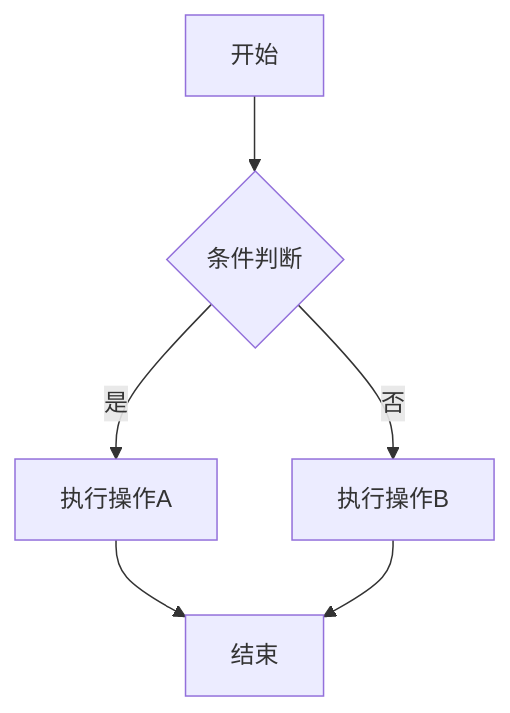
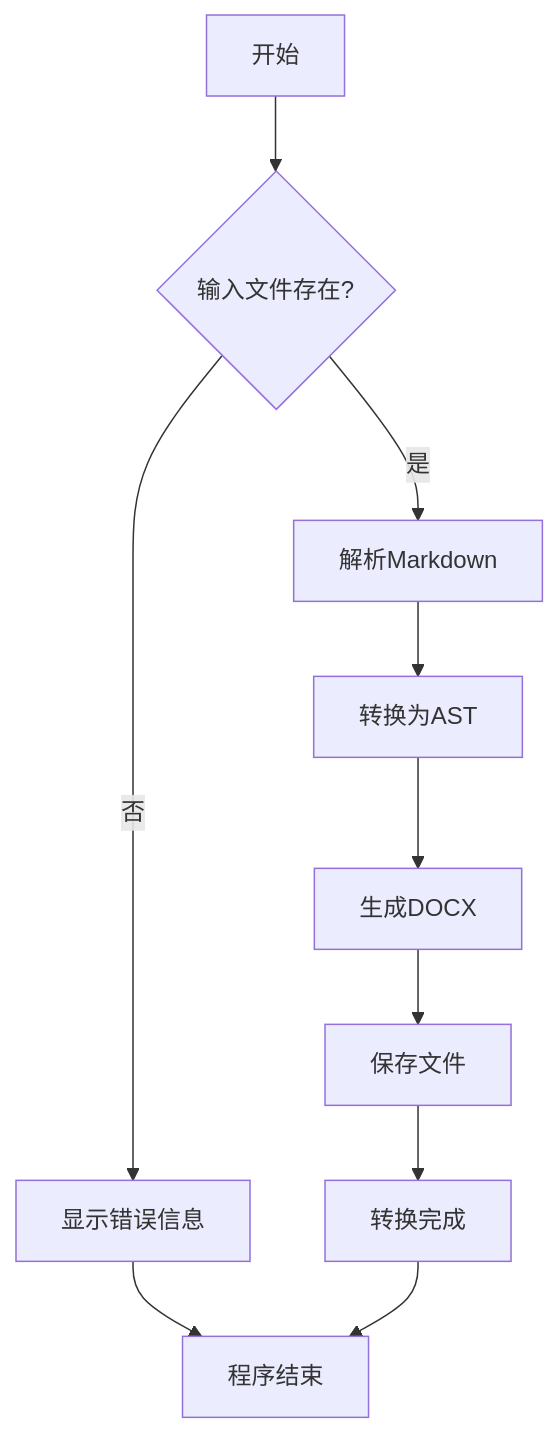
The first of 2 diagrams in test/sample.md (GYJ99/md2word), drawn with Mermaid before and after one commit. The commit also changed other lines of this file and 46 other files, not shown here.

````diff
--- a/test/sample.md
+++ b/test/sample.md
@@ -88,8 +324,12 @@
 ```mermaid
 graph TD
-    A[开始] --> B{条件判断}
-    B -->|是| C[执行操作A]
-    B -->|否| D[执行操作B]
-    C --> E[结束]
-    D --> E
+    A[开始] --> B{输入文件存在?}
+    B -->|是| C[解析Markdown]
+    B -->|否| D[显示错误信息]
+    C --> E[转换为AST]
+    E --> F[生成DOCX]
+    F --> G[保存文件]
+    G --> H[转换完成]
+    D --> I[程序结束]
+    H --> I
 ```
````
